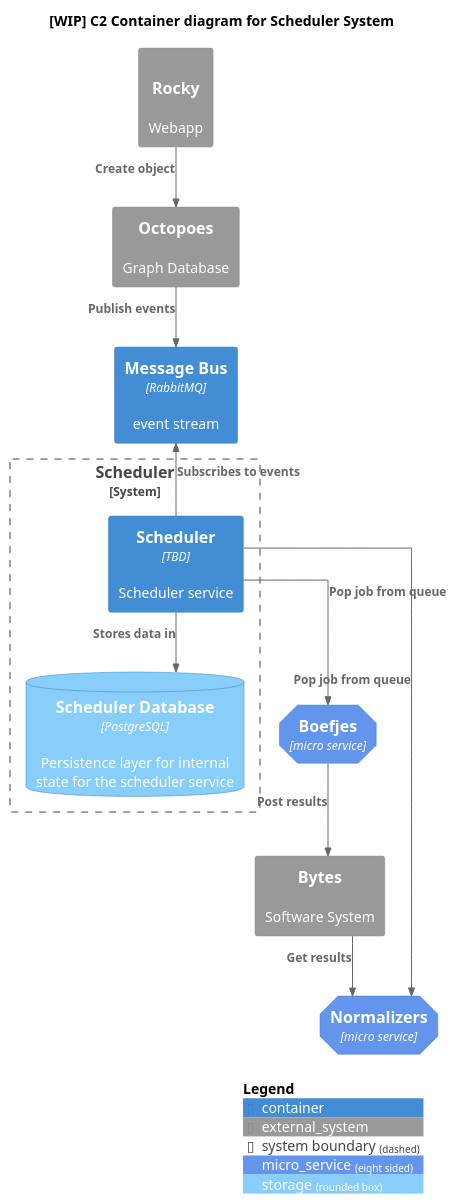
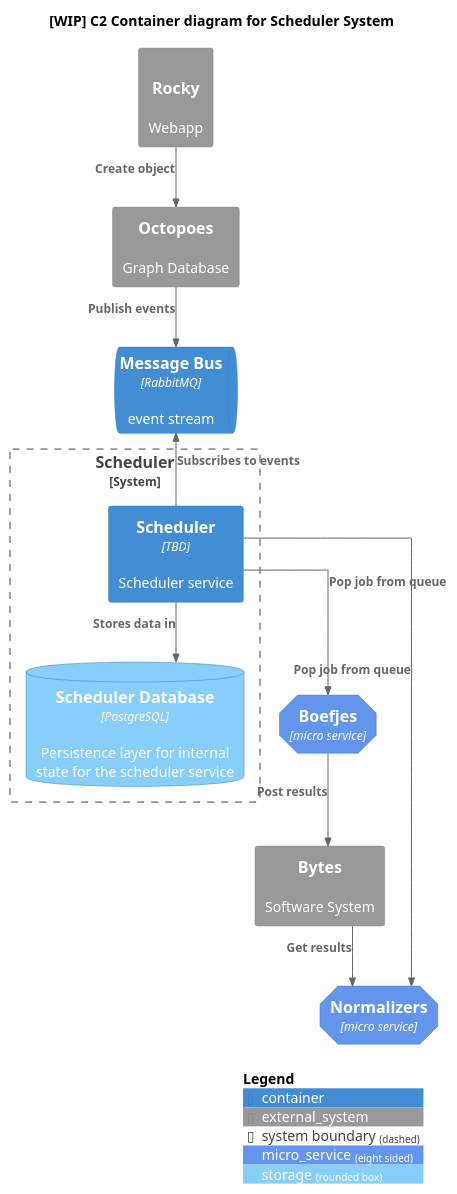
The diagram in docs/c2_container_diagram.puml (minvws/nl-kat-mula), drawn with PlantUML before and after one commit. The commit also changed 2 other files, not shown here.

Commit message:
Update diagrams

```diff
--- a/docs/c2_container_diagram.puml
+++ b/docs/c2_container_diagram.puml
@@ -1,44 +1,44 @@
 @startuml
 !include https://raw.githubusercontent.com/plantuml-stdlib/C4-PlantUML/master/C4_Container.puml
 
 skinparam linetype ortho
 
 AddElementTag("micro_service", $shape=EightSidedShape(), $bgColor="CornflowerBlue", $fontColor="white")
 AddElementTag("storage", $shape=RoundedBoxShape(), $bgColor="lightSkyBlue", $fontColor="white")
 
 Title [WIP] C2 Container diagram for Scheduler System
 
 System_Boundary(c1, "Scheduler") {
   Container(scheduler, "Scheduler", "TBD", "Scheduler service")
   ContainerDb(scheduler_db, "Scheduler Database", "PostgreSQL", "Persistence layer for internal state for the scheduler service", $tags = "storage")
 }
 
-Container(message_bus, "Message Bus", "RabbitMQ", "event stream")
+ContainerQueue(message_bus, "Message Bus", "RabbitMQ", "event stream")
 Container(boefjes, "Boefjes", "micro service", "", $tags = "micro_service")
 Container(normalizers, "Normalizers", "micro service", "", $tags = "micro_service")
 
 System_Ext(bytes, "Bytes", "Software System")
 System_Ext(octopoes, "Octopoes", "Graph Database")
 System_Ext(rocky, "Rocky", "Webapp", "Webapp")
 ' System_Ext(katalogus, "Katalogus", "Software System")
 
 Rel_Up(scheduler, message_bus, "Subscribes to events")
 Rel(scheduler, scheduler_db, "Stores data in")
 
 Rel(scheduler, normalizers, "Pop job from queue")
 Rel(scheduler, boefjes, "Pop job from queue")
 
 Rel(boefjes, bytes, "Post results")
 Rel(bytes, normalizers, "Get results")
 
 Rel(octopoes, message_bus, "Publish events")
 Rel(rocky, octopoes, "Create object")
 
 ' Rel(octopoes, scheduler, "Reference for calculation")
 ' Rel(bytes, scheduler, "Reference for calculation")
 ' Rel(katalogus, scheduler, "Reference for calculation")
 ' Rel(rocky, scheduler, "Reference for calculation")
 
 SHOW_LEGEND()
 
 @enduml
```
